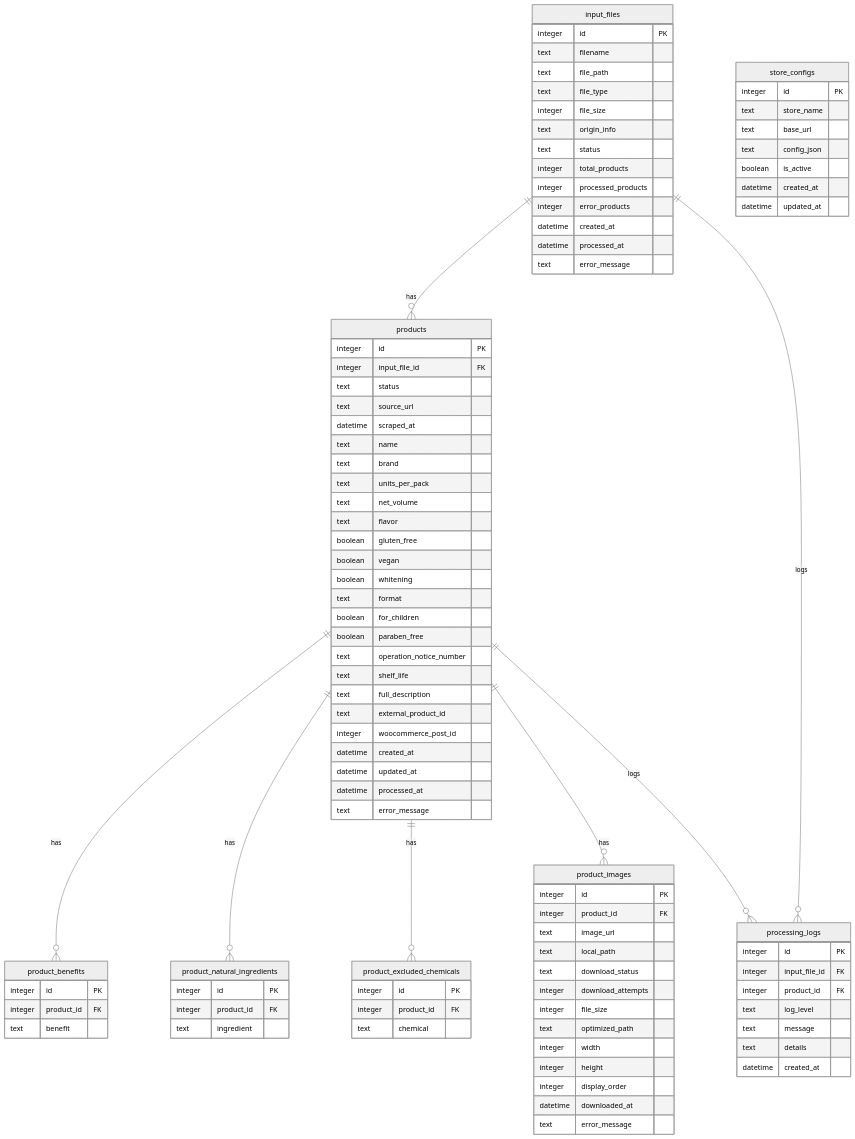
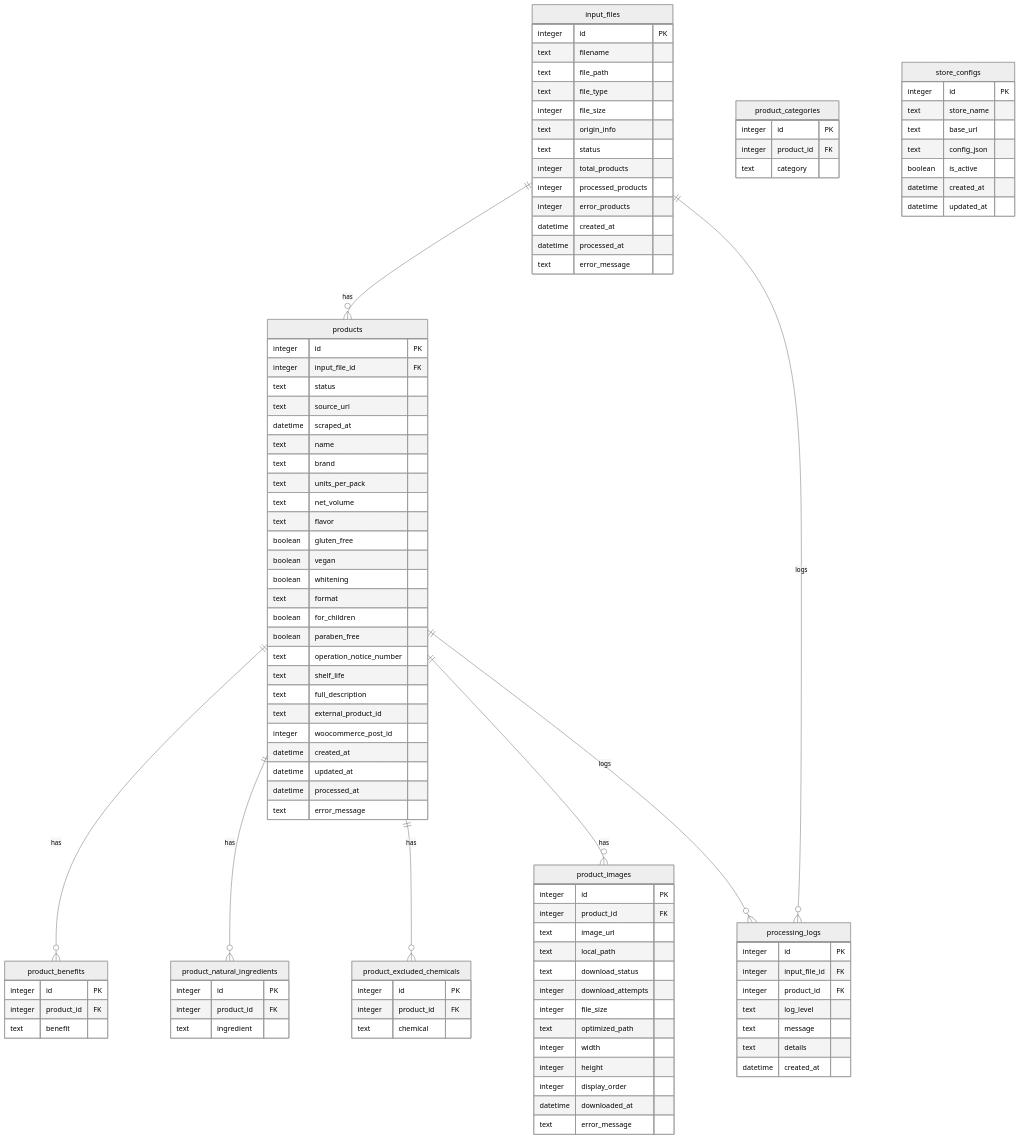
One commit to vladimir1284/WooImporter changed the diagram in src/models/README.md. Above: the diagram before and after it, drawn with Mermaid (neutral theme). The commit also changed 8 other files, not shown here.

Commit message:
Added product category and storing information in database

```diff
--- a/src/models/README.md
+++ b/src/models/README.md
@@ -54,6 +54,12 @@
         integer id PK
         integer product_id FK
         text ingredient
+    }
+
+    product_categories {
+        integer id PK
+        integer product_id FK
+        text category
     }
 
     product_excluded_chemicals {
```
